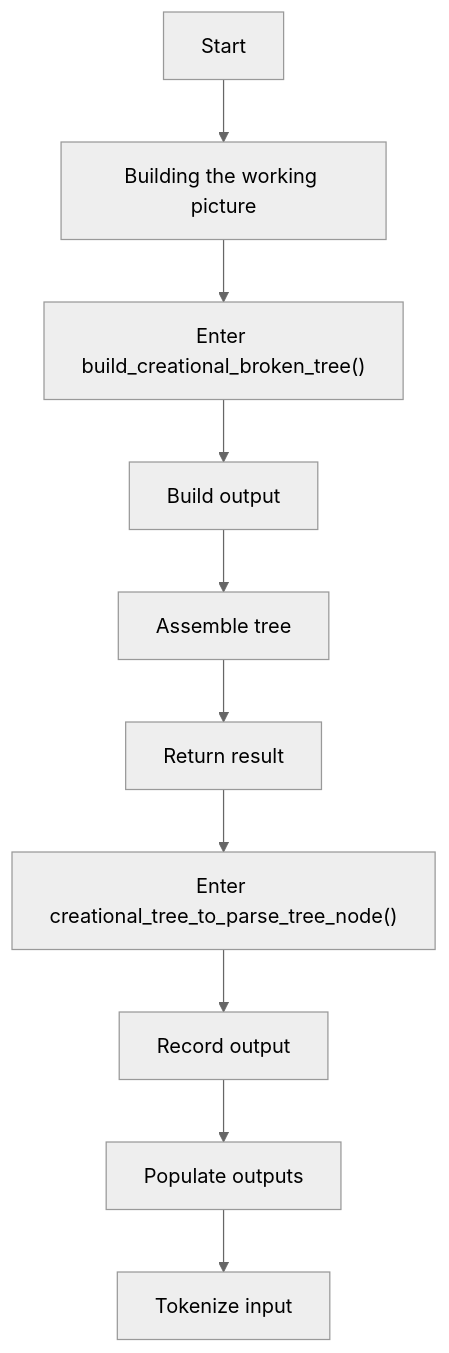
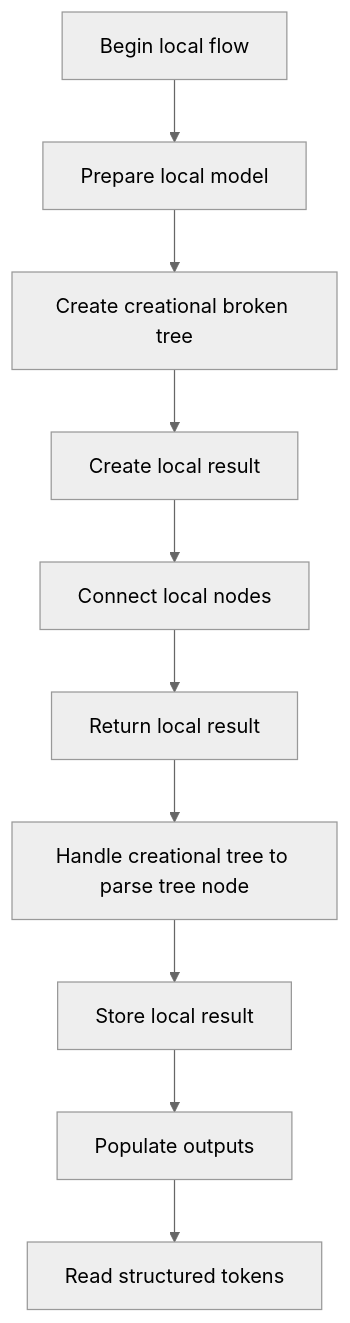
The first of 4 diagrams in docs/Codebase/Microservice/Modules/Source/Trees/ClassGeneration/VirtualBroken/Creational/Flow/creational_broken_tree_program_flow.cpp.md (JohnAndrewBalbarosa/NeoTerritory), drawn with Mermaid (neutral theme) before and after one commit. The commit also changed other lines of this file and 925 other files, not shown here.

````diff
--- a/docs/Codebase/Microservice/Modules/Source/Trees/ClassGeneration/VirtualBroken/Creational/Flow/creational_broken_tree_program_flow.cpp.md
+++ b/docs/Codebase/Microservice/Modules/Source/Trees/ClassGeneration/VirtualBroken/Creational/Flow/creational_broken_tree_program_flow.cpp.md
@@ -15,22 +15,22 @@
 ```mermaid
 flowchart TD
-    N0["Start"]
-    N1["Building the working picture"]
-    N2["Enter build_creational_broken_tree()"]
-    N3["Build output"]
-    N4["Assemble tree"]
-    N5["Return result"]
-    N6["Enter creational_tree_to_parse_tree_node()"]
-    N7["Record output"]
+    N0["Begin local flow"]
+    N1["Prepare local model"]
+    N2["Create creational broken tree"]
+    N3["Create local result"]
+    N4["Connect local nodes"]
+    N5["Return local result"]
+    N6["Handle creational tree to parse tree node"]
+    N7["Store local result"]
     N8["Populate outputs"]
-    N9["Tokenize input"]
+    N9["Read structured tokens"]
     N0 --> N1
     N1 --> N2
     N2 --> N3
     N3 --> N4
     N4 --> N5
     N5 --> N6
     N6 --> N7
     N7 --> N8
     N8 --> N9
 ```
````
